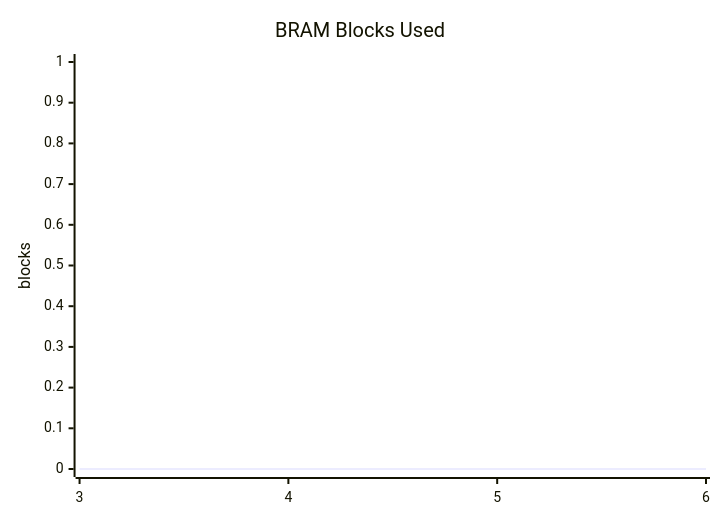
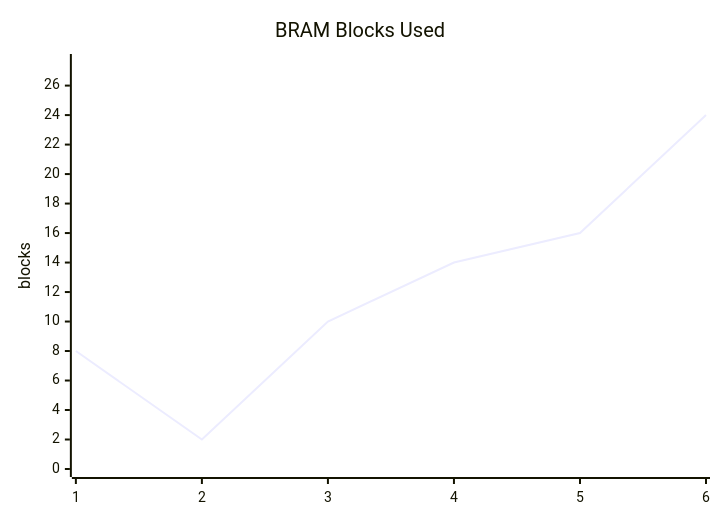
Before and after one commit to awtoau/cynthion-workspace: the fourth of 5 diagrams in riscv-64/metrics/reports/ecp5_usage_report.md, drawn with Mermaid. The commit also changed other lines of this file and 2 other files, not shown here.

````diff
--- a/riscv-64/metrics/reports/ecp5_usage_report.md
+++ b/riscv-64/metrics/reports/ecp5_usage_report.md
@@ -52,7 +224,7 @@
 ```mermaid
 xychart-beta
   title "BRAM Blocks Used"
-  x-axis [3, 4, 5, 6]
-  y-axis "blocks" 0 --> 1.00
-  line [0.00, 0.00, 0.00, 0.00]
+  x-axis [1, 2, 3, 4, 5, 6]
+  y-axis "blocks" 0 --> 27.60
+  line [8.00, 2.00, 10.00, 14.00, 16.00, 24.00]
 ```
````
